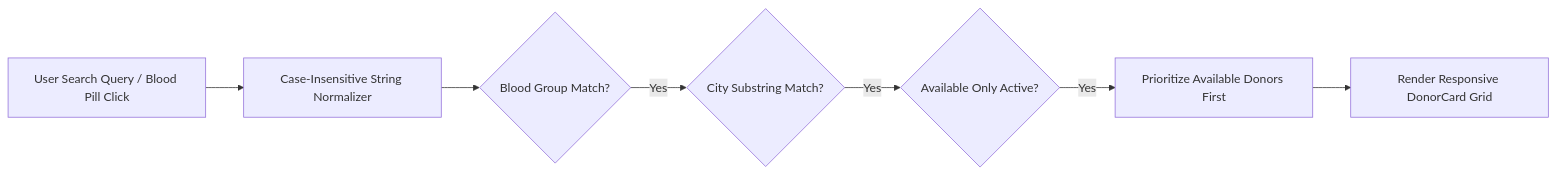
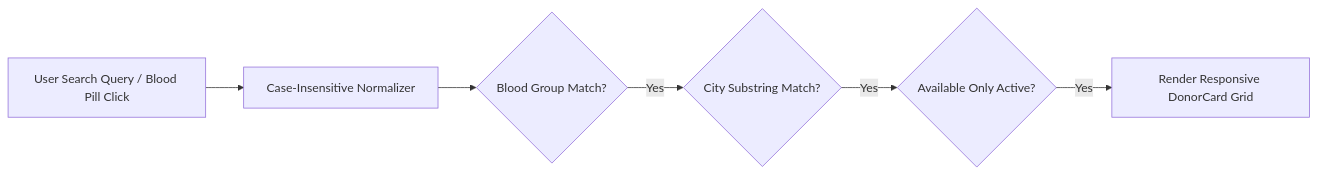
The diagram in wiki/08-Geolocation-and-Search.md (TheVicky1/Hema), drawn with Mermaid before and after one commit. The commit also changed other lines of this file and 38 other files, not shown here.

````diff
--- a/wiki/08-Geolocation-and-Search.md
+++ b/wiki/08-Geolocation-and-Search.md
@@ -9,9 +9,8 @@
 ```mermaid
 graph LR
-    Input[User Search Query / Blood Pill Click] --> Normalizer[Case-Insensitive String Normalizer]
+    Input[User Search Query / Blood Pill Click] --> Normalizer[Case-Insensitive Normalizer]
     Normalizer --> GroupFilter{Blood Group Match?}
     GroupFilter -->|Yes| CityFilter{City Substring Match?}
     CityFilter -->|Yes| AvailFilter{Available Only Active?}
-    AvailFilter -->|Yes| Sorter[Prioritize Available Donors First]
-    Sorter --> Grid[Render Responsive DonorCard Grid]
+    AvailFilter -->|Yes| Grid[Render Responsive DonorCard Grid]
 ```
````
